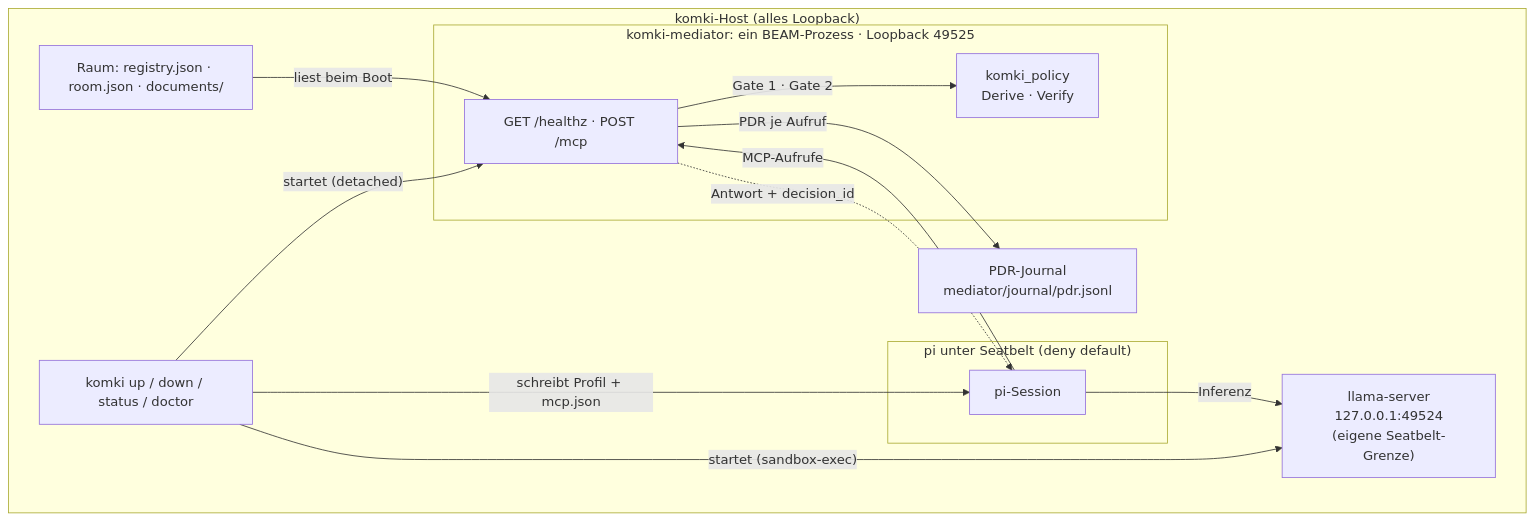
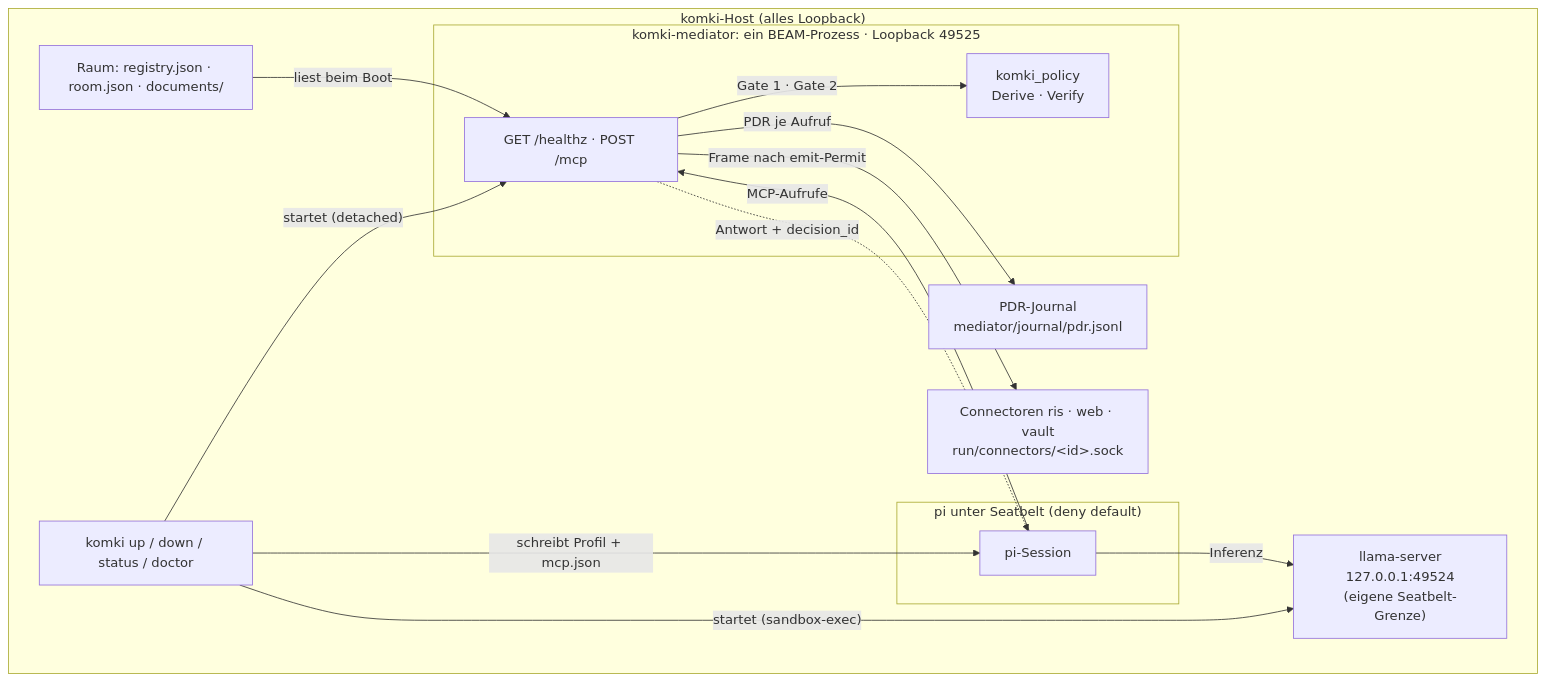
The first of 3 diagrams in apps/komki_mediator/README.md (croesnick/kommunalpolitik_ki), drawn with Mermaid before and after one commit. The commit also changed other lines of this file and 30 other files, not shown here.

````diff
--- a/apps/komki_mediator/README.md
+++ b/apps/komki_mediator/README.md
@@ -54,26 +65,28 @@
 ```mermaid
 flowchart TB
     subgraph host["komki-Host (alles Loopback)"]
         CLI["komki up / down / status / doctor"]
         RAUM["Raum: registry.json · room.json · documents/"]
         LL["llama-server<br/>127.0.0.1:49524<br/>(eigene Seatbelt-Grenze)"]
         subgraph SB["pi unter Seatbelt (deny default)"]
             PI["pi-Session"]
         end
         subgraph MEDBOX["komki-mediator: ein BEAM-Prozess · Loopback 49525"]
             MED["GET /healthz · POST /mcp"]
             KOMKI_POLICY["komki_policy<br/>Derive · Verify"]
         end
         JOURNAL["PDR-Journal<br/>mediator/journal/pdr.jsonl"]
+        CONN["Connectoren ris · web · vault<br/>run/connectors/&lt;id&gt;.sock"]
     end
 
     CLI -- "startet (detached)" --> MED
     CLI -- "startet (sandbox-exec)" --> LL
     CLI -- "schreibt Profil + mcp.json" --> PI
     RAUM -- "liest beim Boot" --> MED
     PI -- "MCP-Aufrufe" --> MED
     PI -- "Inferenz" --> LL
     MED -- "Gate 1 · Gate 2" --> KOMKI_POLICY
     MED -- "PDR je Aufruf" --> JOURNAL
+    MED -- "Frame nach emit-Permit" --> CONN
     MED -. "Antwort + decision_id" .-> PI
 ```
````
